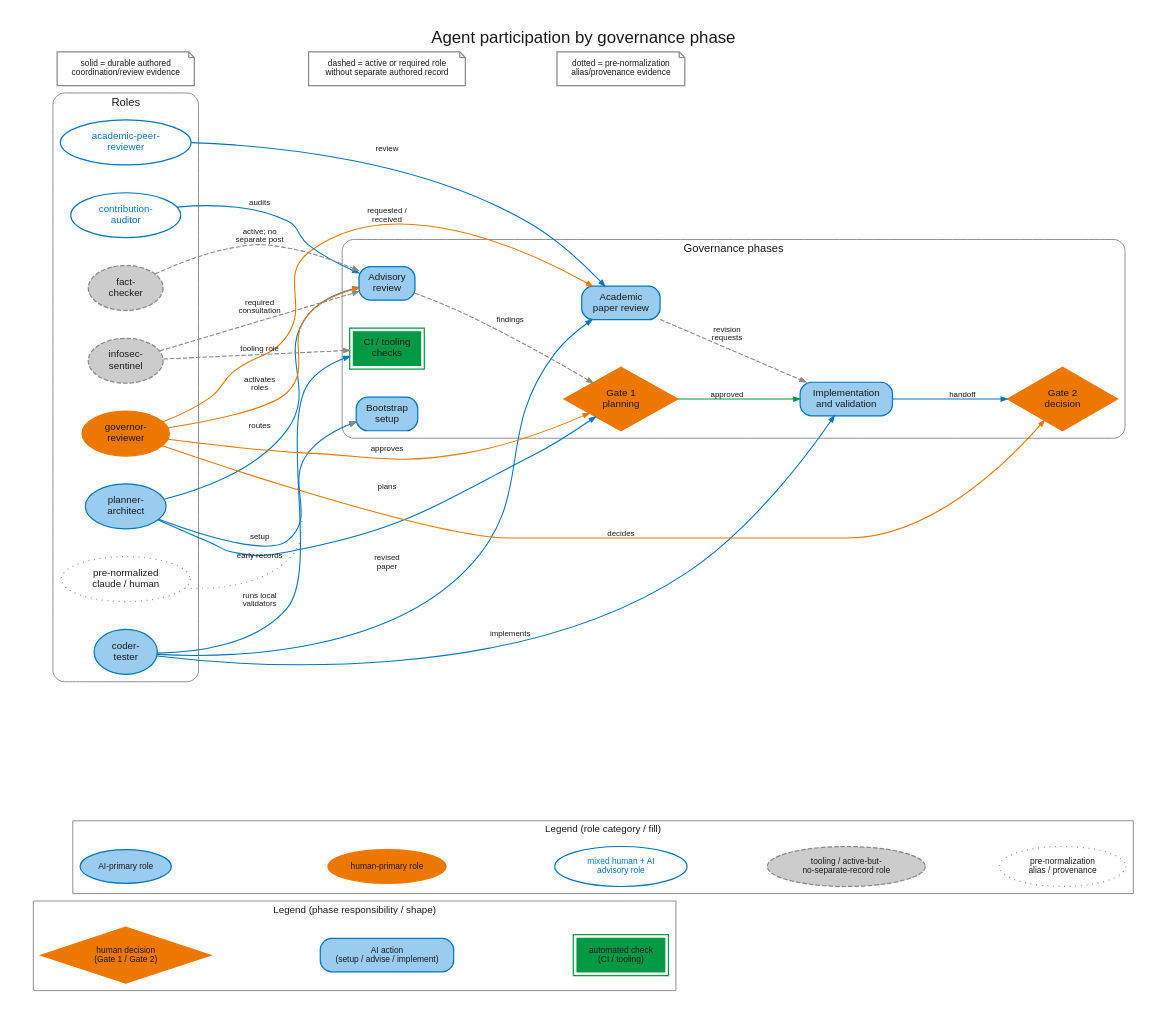
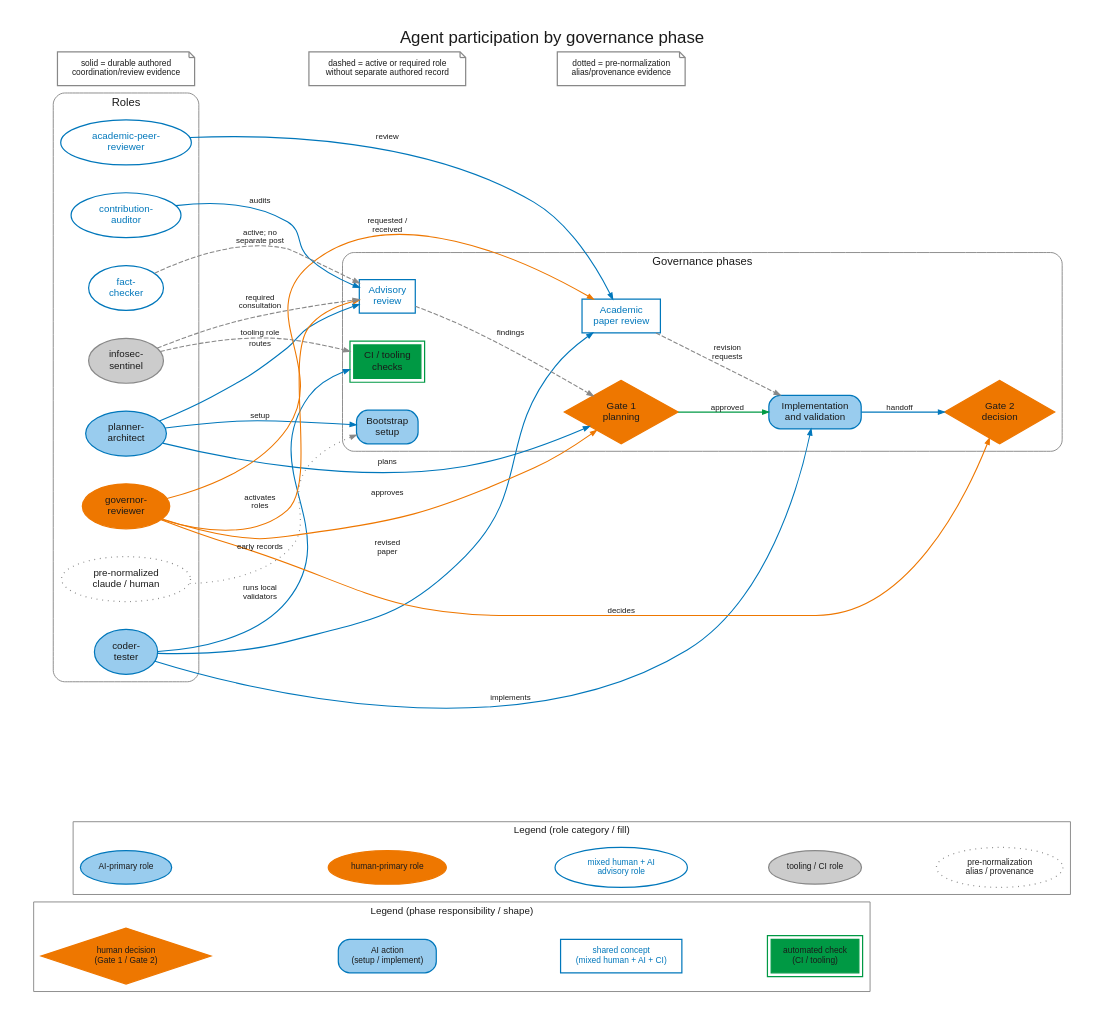
The diagram in docs/academic/figures/src/agent-participation-by-phase.dot (janipaijanen/agf-mirror), drawn with Graphviz before and after one commit. The commit also changed 9 other files, not shown here.

First line of the commit message:
fix: correct actor-class conflations flagged in MR 417 Gate 2 BLOCK (r1gq)

```diff
--- a/docs/academic/figures/src/agent-participation-by-phase.dot
+++ b/docs/academic/figures/src/agent-participation-by-phase.dot
@@ -6,19 +6,33 @@
 // Semantic responsibility palette: agf/docs/site/reference/palette.md
 // ("Semantic responsibility palette" section). This figure carries two
 // independent axes, both real (not decorative): (1) phase nodes use the
-// five-category responsibility palette, shown in `cluster_shapekey`,
-// same convention as every other Workstream D figure; (2) role nodes
-// use a role-category colour axis, shown in `cluster_rolekey`, the same
-// pattern established for coordination-channel.dot's "participating
-// agent" nodes -- an orthogonal axis (who the role is, not what kind of
-// action a node represents), kept as ellipses with real colour swatches
-// rather than words. Edge line style (solid/dashed/dotted) is a third,
-// pre-existing and accurate axis -- evidence durability -- documented by
-// the three `legend*` notes already in this figure; unchanged here.
-// Previously this figure had a legend for edge style only; the node
-// fill-colour meaning (for both axes) was undocumented and used an
-// unrelated slate/teal/rust/gold palette -- both defects this revision
-// fixes.
+// five-category responsibility palette (now including Shared concept
+// for genuinely mixed-participation phases), shown in
+// `cluster_shapekey`; (2) role nodes use a role-category colour axis
+// (who the role is, not what kind of action a node represents), shown
+// in `cluster_rolekey`, ellipses with real colour swatches. Edge line
+// style (solid/dashed/dotted) is a third, independent axis -- evidence
+// durability (whether the role has a distinct authored coordination
+// record) -- documented by the three `legend*` notes.
+//
+// Gate 2 review 20260722T223540Z-contribution-auditor-r1gq (BLOCK 1,
+// BLOCK 2) found this revision's first pass still conflated axes that
+// should stay independent:
+// - BLOCK 1: the role-category fill combined "tooling" with "active-
+//   but-no-separate-record" evidence status into one category.
+//   fact-checker is a mixed human+AI advisory role (same category as
+//   contribution-auditor / academic-peer-reviewer) that happens to lack
+//   a distinct authored record -- an evidence-status fact the edge
+//   style already carries, not a different actor type. Only
+//   infosec-sentinel is genuinely a tooling/CI role. Fixed: fact moved
+//   to the mixed-role treatment; the grey role key renamed to describe
+//   actor type only ("tooling / CI role"), with its dashed node border
+//   removed (dashed is now edge-only, not doubled onto node fill).
+// - BLOCK 2: `Advisory review` and `Academic paper review` were AI
+//   action even though both phases show mixed human+AI+CI
+//   participation in the diagram itself (auditor/fact/infosec feed
+//   Advisory review; academic/governor/coder feed Academic paper
+//   review). Fixed: both now use the Shared concept treatment.
 digraph agent_participation_by_phase {
   graph [
     rankdir=LR,
@@ -65,14 +79,17 @@
     sk_diamond   [label="human decision\n(Gate 1 / Gate 2)", shape=diamond,
                   fillcolor="#EE7700", color="#EE7700", fontcolor="#1A1A1A",
                   fontsize=9]
-    sk_ai        [label="AI action\n(setup / advise / implement)",
+    sk_ai        [label="AI action\n(setup / implement)",
                   style="filled,rounded", fillcolor="#99CCEE",
                   color="#0077BB", fontcolor="#1A1A1A", fontsize=9]
+    sk_shared    [label="shared concept\n(mixed human + AI + CI)",
+                  fillcolor=white, color="#0077BB", fontcolor="#0077BB",
+                  fontsize=9]
     sk_automated [label="automated check\n(CI / tooling)",
                   style="filled,bold", peripheries=2, fillcolor="#009944",
                   color="#009944", fontcolor="#1A1A1A", fontsize=9]
 
-    sk_diamond -> sk_ai -> sk_automated [style=invis]
+    sk_diamond -> sk_ai -> sk_shared -> sk_automated [style=invis]
   }
 
   subgraph cluster_rolekey {
@@ -90,9 +107,9 @@
     rk_mixed    [label="mixed human + AI\nadvisory role", shape=ellipse,
                  fillcolor=white, color="#0077BB", fontcolor="#0077BB",
                  fontsize=9]
-    rk_tooling  [label="tooling / active-but-\nno-separate-record role",
-                 shape=ellipse, style="filled,dashed", fillcolor="#CCCCCC",
-                 color="#888888", fontcolor="#1A1A1A", fontsize=9]
+    rk_tooling  [label="tooling / CI role", shape=ellipse,
+                 fillcolor="#CCCCCC", color="#888888", fontcolor="#1A1A1A",
+                 fontsize=9]
     rk_alias    [label="pre-normalization\nalias / provenance", shape=ellipse,
                  style="filled,dotted", fillcolor=white, color="#888888",
                  fontcolor="#1A1A1A", fontsize=9]
@@ -118,9 +135,9 @@
               color="#0077BB", fontcolor="#0077BB"];
     academic [label="academic-peer-\nreviewer", shape=ellipse, fillcolor=white,
               color="#0077BB", fontcolor="#0077BB"];
-    fact     [label="fact-\nchecker", shape=ellipse, style="filled,dashed",
-              fillcolor="#CCCCCC", color="#888888", fontcolor="#1A1A1A"];
-    infosec  [label="infosec-\nsentinel", shape=ellipse, style="filled,dashed",
+    fact     [label="fact-\nchecker", shape=ellipse, fillcolor=white,
+              color="#0077BB", fontcolor="#0077BB"];
+    infosec  [label="infosec-\nsentinel", shape=ellipse,
               fillcolor="#CCCCCC", color="#888888", fontcolor="#1A1A1A"];
     alias    [label="pre-normalized\nclaude / human", shape=ellipse,
               style="filled,dotted", fillcolor=white, color="#888888",
@@ -139,14 +156,14 @@
                     fillcolor="#99CCEE", color="#0077BB", fontcolor="#1A1A1A"];
     gate1          [label="Gate 1\nplanning", shape=diamond,
                     fillcolor="#EE7700", color="#EE7700", fontcolor="#1A1A1A"];
-    advisory       [label="Advisory\nreview", style="filled,rounded",
-                    fillcolor="#99CCEE", color="#0077BB", fontcolor="#1A1A1A"];
+    advisory       [label="Advisory\nreview", fillcolor=white,
+                    color="#0077BB", fontcolor="#0077BB"];
     implementation [label="Implementation\nand validation", style="filled,rounded",
                     fillcolor="#99CCEE", color="#0077BB", fontcolor="#1A1A1A"];
     gate2          [label="Gate 2\ndecision", shape=diamond,
                     fillcolor="#EE7700", color="#EE7700", fontcolor="#1A1A1A"];
-    academic_phase [label="Academic\npaper review", style="filled,rounded",
-                    fillcolor="#99CCEE", color="#0077BB", fontcolor="#1A1A1A"];
+    academic_phase [label="Academic\npaper review", fillcolor=white,
+                    color="#0077BB", fontcolor="#0077BB"];
     ci             [label="CI / tooling\nchecks", style="filled,bold",
                     peripheries=2, fillcolor="#009944", color="#009944",
                     fontcolor="#1A1A1A"];
```
